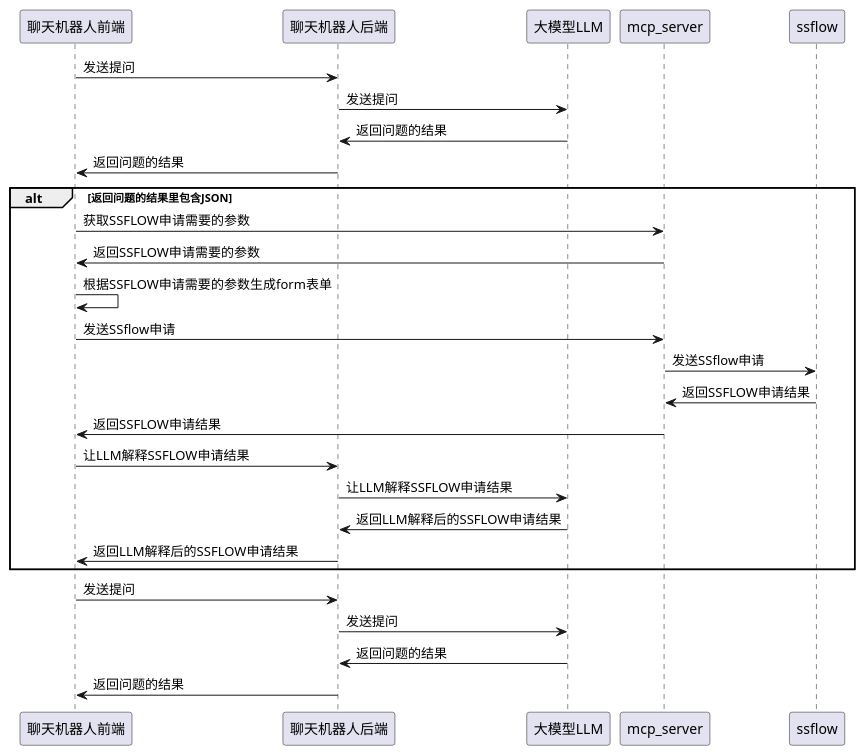
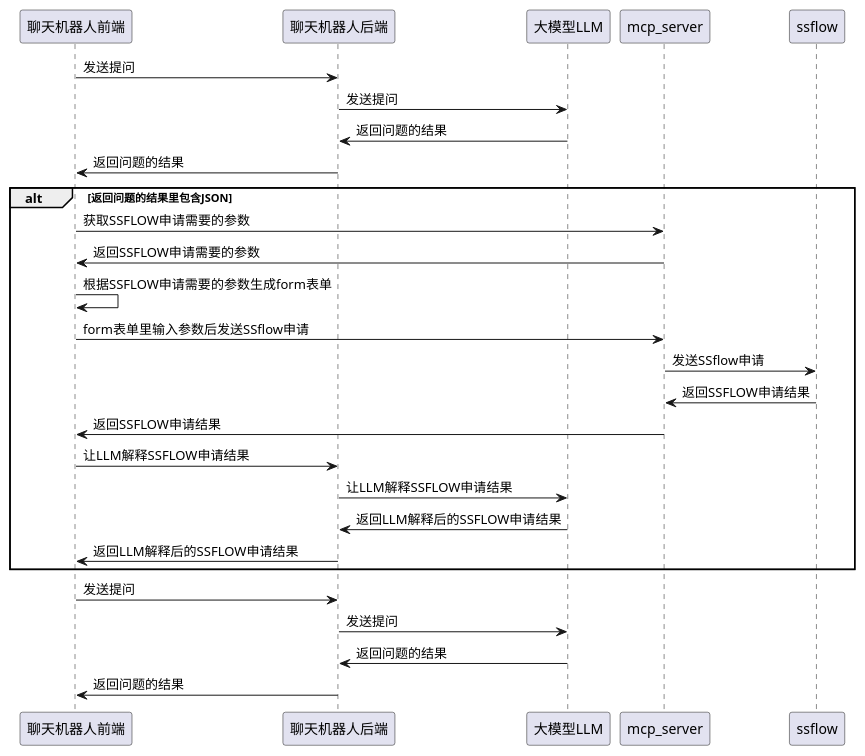
The diagram in uml/.puml (idc-luotao/ai-gen-chatbot-admin), drawn with PlantUML before and after one commit.

```diff
--- a/uml/.puml
+++ b/uml/.puml
@@ -1,28 +1,28 @@
 @startuml
 聊天机器人前端  -> 聊天机器人后端 : 发送提问
 聊天机器人后端  -> 大模型LLM : 发送提问
 大模型LLM      -> 聊天机器人后端 : 返回问题的结果
 聊天机器人后端  -> 聊天机器人前端 : 返回问题的结果
 alt 返回问题的结果里包含JSON
     聊天机器人前端    -> mcp_server:  获取SSFLOW申请需要的参数
     mcp_server      -> 聊天机器人前端: 返回SSFLOW申请需要的参数
     聊天机器人前端  -> 聊天机器人前端: 根据SSFLOW申请需要的参数生成form表单
-    聊天机器人前端    -> mcp_server:  发送SSflow申请
+    聊天机器人前端    -> mcp_server:  form表单里输入参数后发送SSflow申请
     mcp_server      -> ssflow: 发送SSflow申请
     ssflow          -> mcp_server: 返回SSFLOW申请结果
     mcp_server      -> 聊天机器人前端 : 返回SSFLOW申请结果
     聊天机器人前端  -> 聊天机器人后端 : 让LLM解释SSFLOW申请结果
     聊天机器人后端  -> 大模型LLM : 让LLM解释SSFLOW申请结果
     大模型LLM      -> 聊天机器人后端 : 返回LLM解释后的SSFLOW申请结果
     聊天机器人后端  -> 聊天机器人前端 : 返回LLM解释后的SSFLOW申请结果
 ' else 返回问题的结果里不包含JSON
 '    聊天机器人前端  -> 聊天机器人后端 : 发送提问
 '    聊天机器人后端  -> 大模型LLM : 发送提问
 '    大模型LLM      -> 聊天机器人后端 : 返回问题的结果
 '    聊天机器人后端  -> 聊天机器人前端 : 返回问题的结果
 end
 聊天机器人前端  -> 聊天机器人后端 : 发送提问
 聊天机器人后端  -> 大模型LLM : 发送提问
 大模型LLM      -> 聊天机器人后端 : 返回问题的结果
 聊天机器人后端  -> 聊天机器人前端 : 返回问题的结果
 @enduml
```
